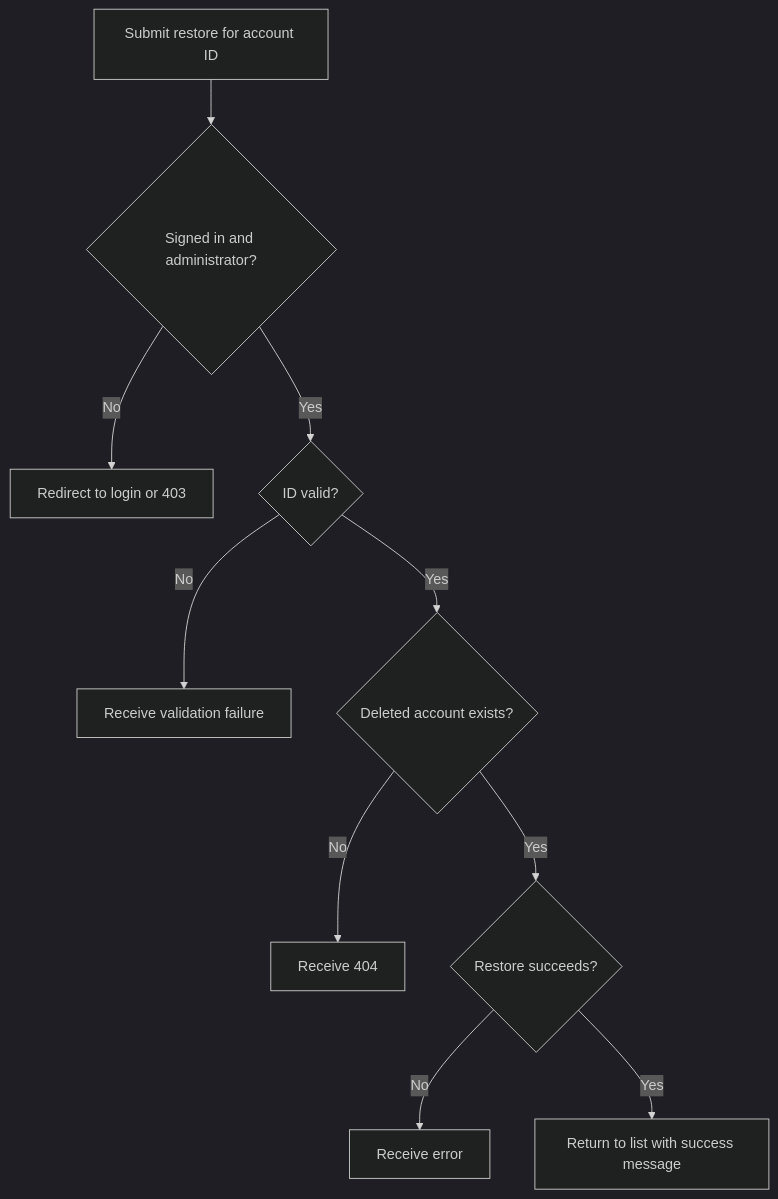
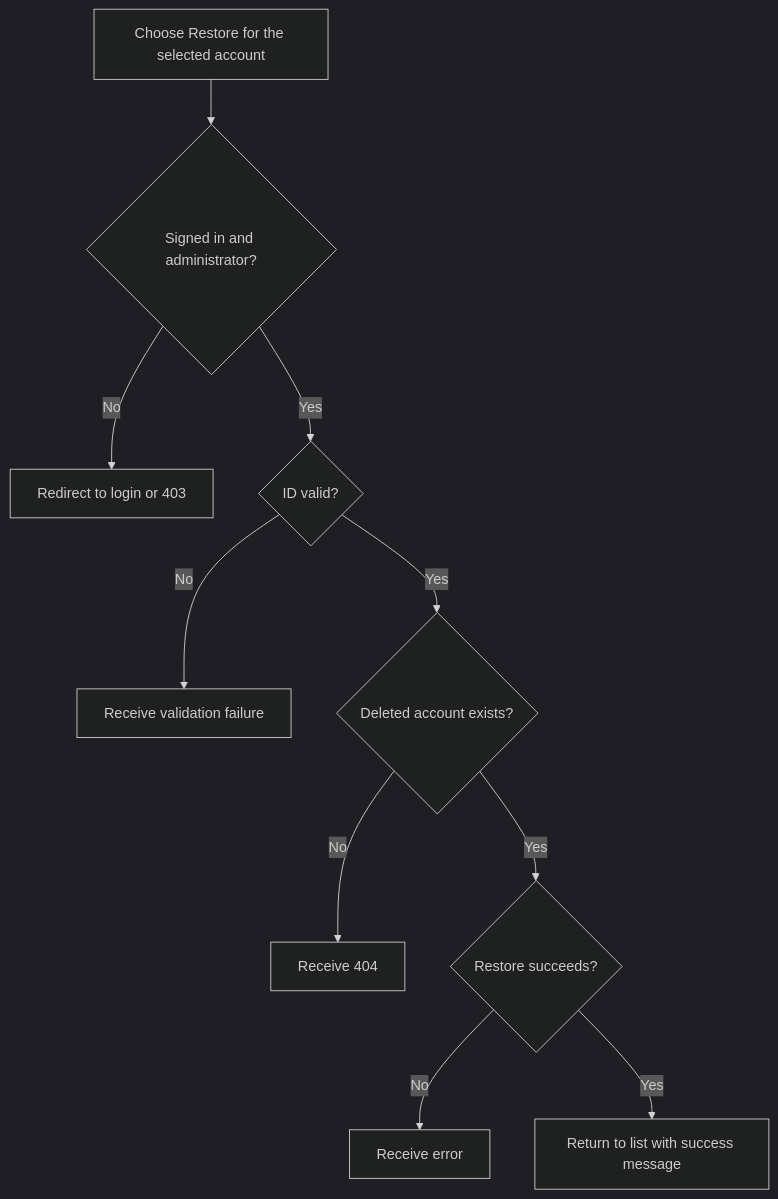
One commit to Kevinjohn/oss-adonisjs-lucid-soft-delete changed the first of 2 diagrams in user-stories/example-apps/us-demo-10-inertia-restore.md. Above: the diagram before and after it, drawn with Mermaid (dark theme). The commit also changed other lines of this file and 18 other files, not shown here.

````diff
--- a/user-stories/example-apps/us-demo-10-inertia-restore.md
+++ b/user-stories/example-apps/us-demo-10-inertia-restore.md
@@ -20,12 +20,12 @@
 ```mermaid
 flowchart TD
-    A["Submit restore for account ID"] --> B{"Signed in and administrator?"}
+    A["Choose Restore for the selected account"] --> B{"Signed in and administrator?"}
     B -->|No| C["Redirect to login or 403"]
     B -->|Yes| D{"ID valid?"}
     D -->|No| E["Receive validation failure"]
     D -->|Yes| F{"Deleted account exists?"}
     F -->|No| G["Receive 404"]
     F -->|Yes| H{"Restore succeeds?"}
     H -->|No| I["Receive error"]
     H -->|Yes| J["Return to list with success message"]
 ```
````
